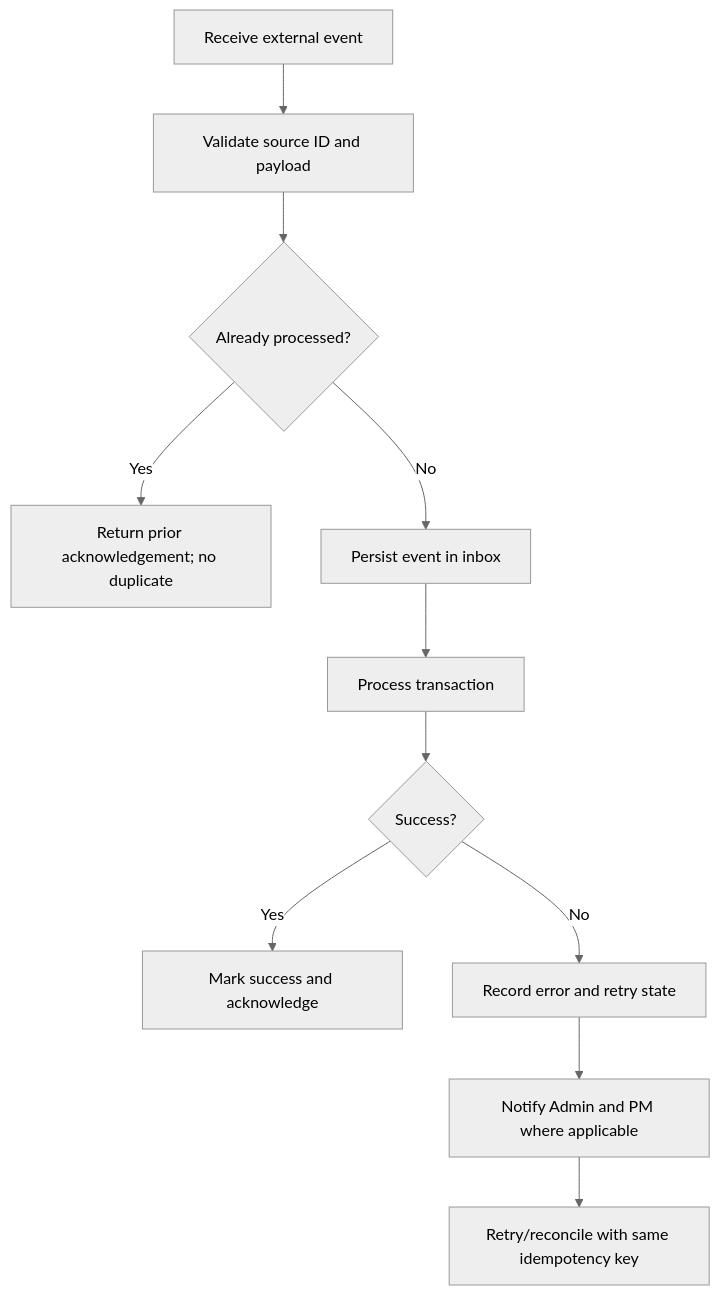
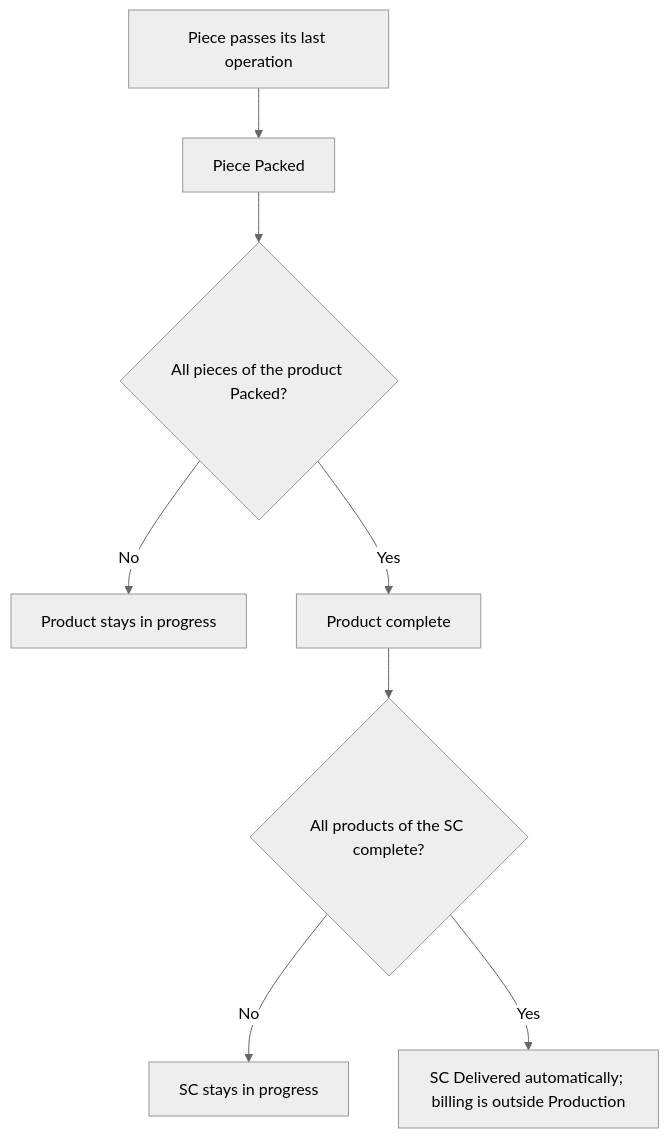
The seventh of 8 diagrams in docs/phase-1/07_Workflow_Diagrams.md (poairtronic/velan-production), drawn with Mermaid (neutral theme) before and after one commit. The commit also changed other lines of this file, not shown here.

Commit message:
docs: update 07_Workflow_Diagrams.md per decision log 2026-11-24

````diff
--- a/docs/phase-1/07_Workflow_Diagrams.md
+++ b/docs/phase-1/07_Workflow_Diagrams.md
@@ -126,13 +112,10 @@
 ```mermaid
 flowchart TD
- A[Receive external event] --> B[Validate source ID and payload]
- B --> C{Already processed?}
- C -->|Yes| D[Return prior acknowledgement; no duplicate]
- C -->|No| E[Persist event in inbox]
- E --> F[Process transaction]
- F --> G{Success?}
- G -->|Yes| H[Mark success and acknowledge]
- G -->|No| I[Record error and retry state]
- I --> J[Notify Admin and PM where applicable]
- J --> K[Retry/reconcile with same idempotency key]
+  A["Piece passes its last operation"] --> B["Piece Packed"]
+  B --> C{"All pieces of the product Packed?"}
+  C -->|No| D["Product stays in progress"]
+  C -->|Yes| E["Product complete"]
+  E --> F{"All products of the SC complete?"}
+  F -->|No| G["SC stays in progress"]
+  F -->|Yes| H["SC Delivered automatically; billing is outside Production"]
 ```
````
